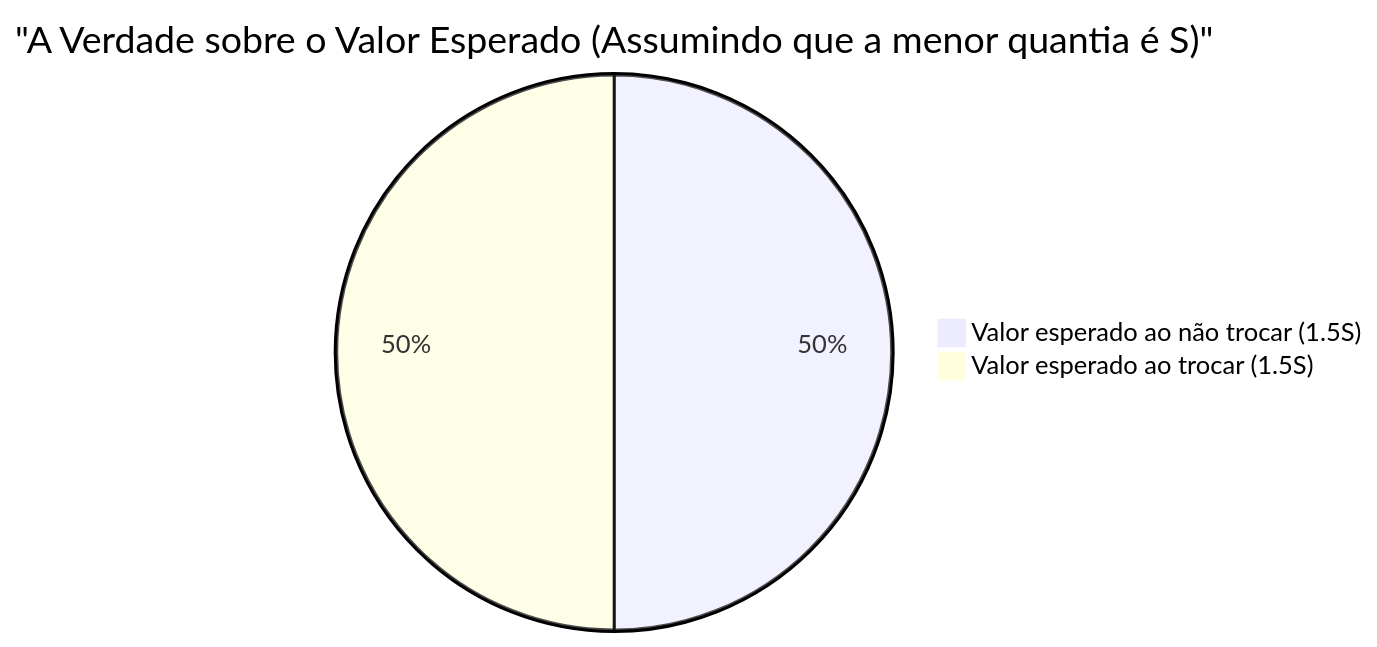
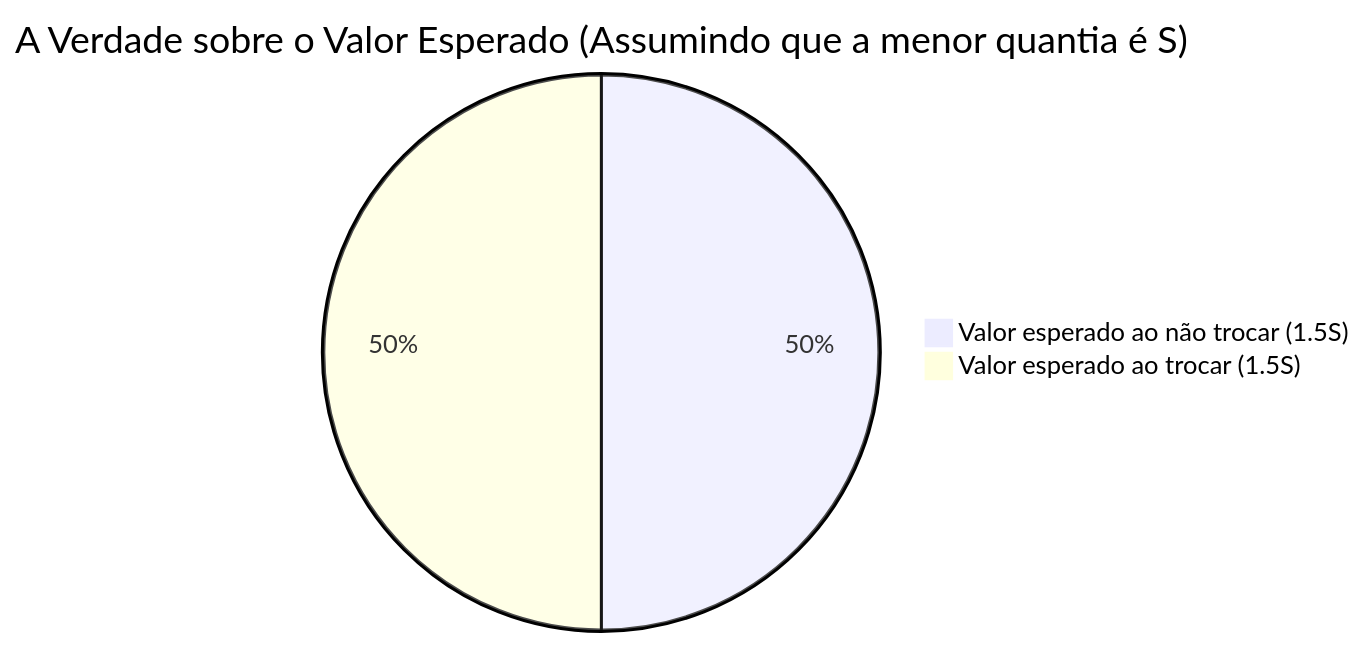
The second of 2 diagrams in content/post/2つの封筒のパラドックス/index.pt.md (kenjinote/blog), drawn with Mermaid before and after one commit. The commit also changed other lines of this file and 703 other files, not shown here.

Commit message:
Fix: Remove quotes from Mermaid link texts and timeline definitions to support Mermaid 11.4.1

````diff
--- a/content/post/2つの封筒のパラドックス/index.pt.md
+++ b/content/post/2つの封筒のパラドックス/index.pt.md
@@ -113,5 +113,5 @@
 ```mermaid
-pie title "A Verdade sobre o Valor Esperado (Assumindo que a menor quantia é S)"
+pie title A Verdade sobre o Valor Esperado (Assumindo que a menor quantia é S)
     "Valor esperado ao não trocar (1.5S)" : 50
     "Valor esperado ao trocar (1.5S)" : 50
 ```
````
